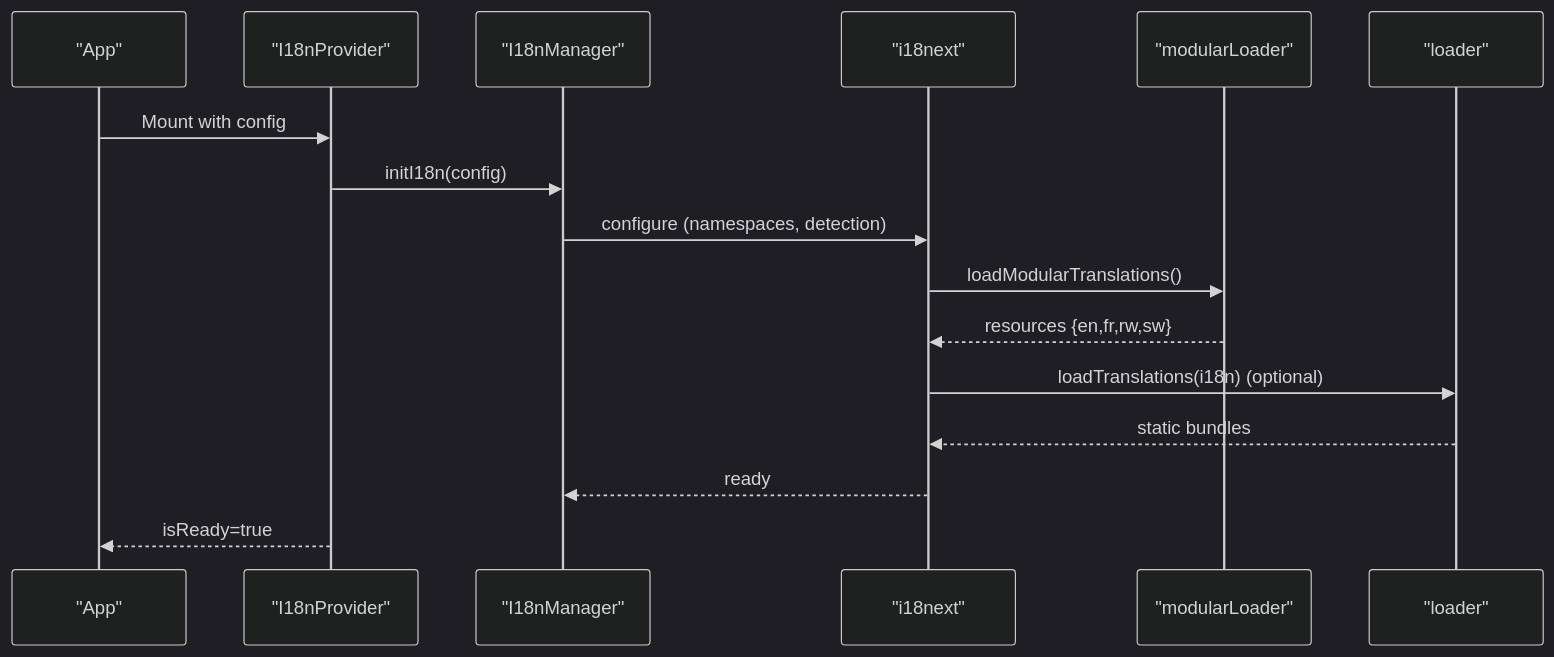
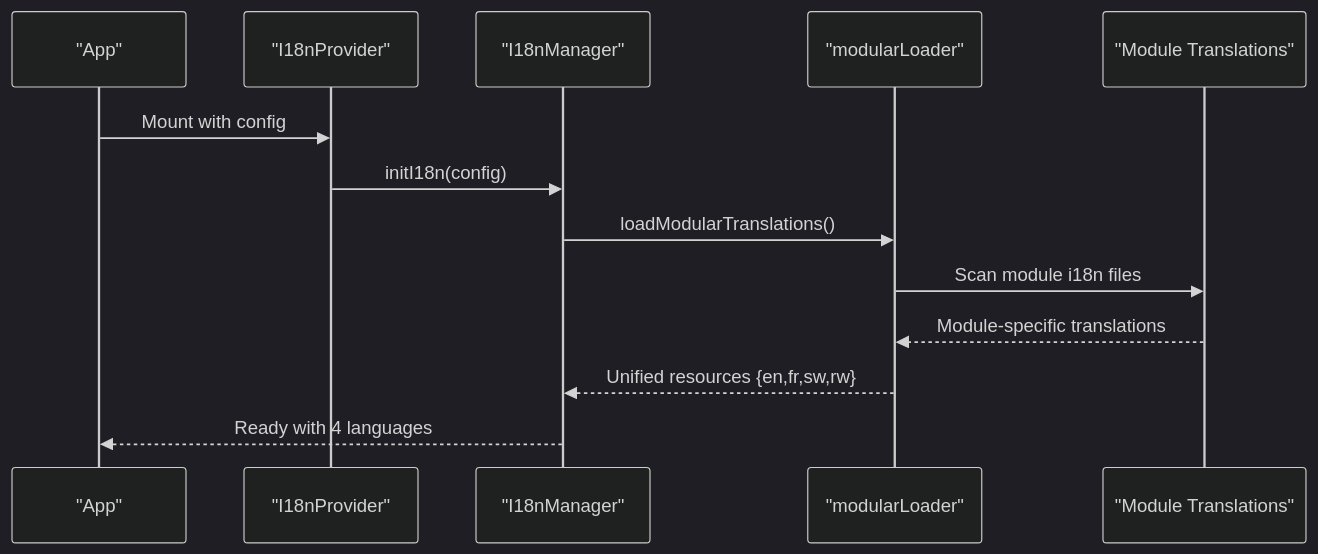
One commit to geniusdynamics/schoolpilot changed the second of 6 diagrams in .qoder/repowiki/en/content/Internationalization.md. Above: the diagram before and after it, drawn with Mermaid (dark theme). The commit also changed other lines of this file and 16 other files, not shown here.

````diff
--- a/.qoder/repowiki/en/content/Internationalization.md
+++ b/.qoder/repowiki/en/content/Internationalization.md
@@ -142,18 +139,15 @@
 ```mermaid
 sequenceDiagram
 participant App as "App"
 participant Provider as "I18nProvider"
 participant Manager as "I18nManager"
-participant I18n as "i18next"
 participant Loader as "modularLoader"
-participant Static as "loader"
+participant Modules as "Module Translations"
 App->>Provider : Mount with config
 Provider->>Manager : initI18n(config)
-Manager->>I18n : configure (namespaces, detection)
-I18n->>Loader : loadModularTranslations()
-Loader-->>I18n : resources {en,fr,rw,sw}
-I18n->>Static : loadTranslations(i18n) (optional)
-Static-->>I18n : static bundles
-I18n-->>Manager : ready
-Provider-->>App : isReady=true
+Manager->>Loader : loadModularTranslations()
+Loader->>Modules : Scan module i18n files
+Modules-->>Loader : Module-specific translations
+Loader-->>Manager : Unified resources {en,fr,sw,rw}
+Manager-->>App : Ready with 4 languages
 ```
````
